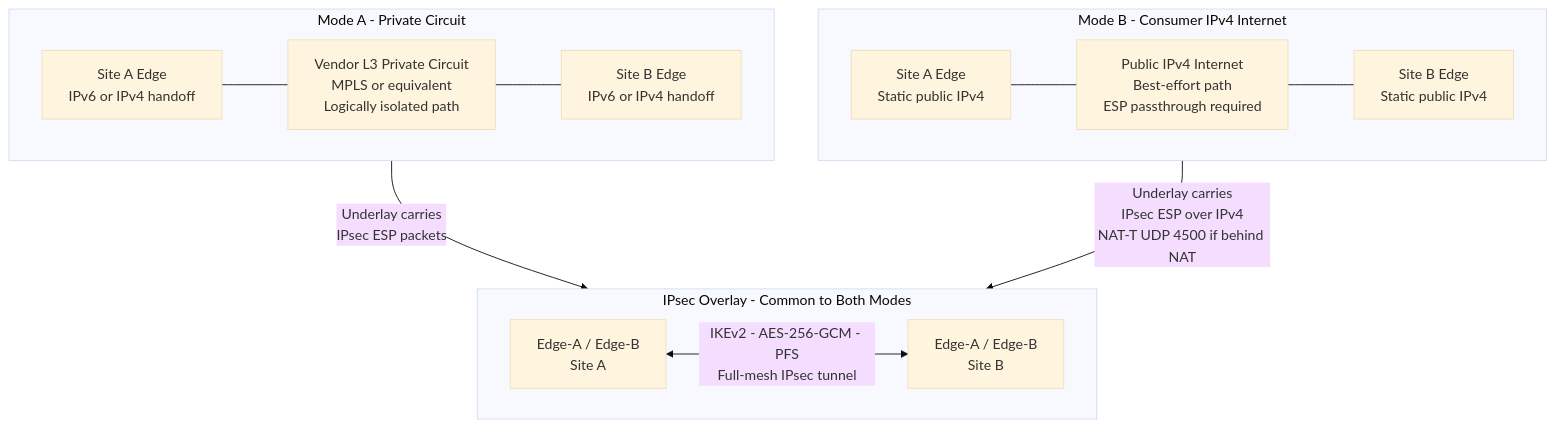
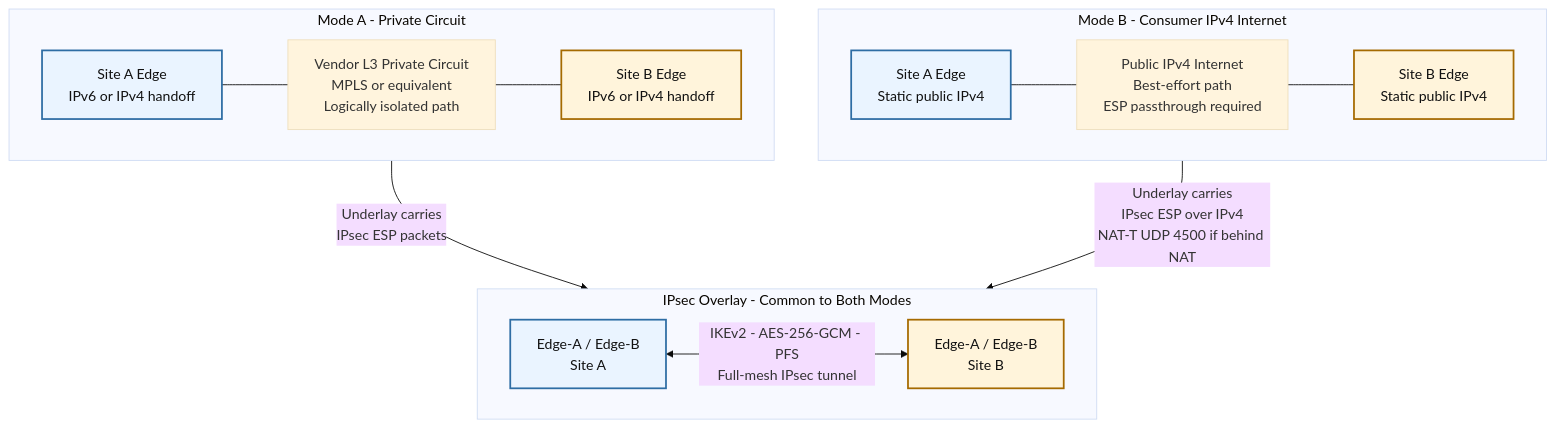
Before and after one commit to pancakesaregood/distributed-dc: the first of 5 diagrams in network-spanned-dc/docs/03_diagrams/wan_transport.mmd.md, drawn with Mermaid (base theme). The commit also changed other lines of this file and 11 other files, not shown here.

Commit message:
diagram beautification

````diff
--- a/network-spanned-dc/docs/03_diagrams/wan_transport.mmd.md
+++ b/network-spanned-dc/docs/03_diagrams/wan_transport.mmd.md
@@ -7,29 +7,34 @@
 ```mermaid
 graph TD
 
   subgraph OVERLAY[IPsec Overlay - Common to Both Modes]
     direction LR
     EA["Edge-A / Edge-B<br/>Site A"]
     EB["Edge-A / Edge-B<br/>Site B"]
     EA <-->|"IKEv2 - AES-256-GCM - PFS<br/>Full-mesh IPsec tunnel"| EB
   end
 
   subgraph MODEA[Mode A - Private Circuit]
     direction LR
     PA["Site A Edge<br/>IPv6 or IPv4 handoff"]
     MPLS["Vendor L3 Private Circuit<br/>MPLS or equivalent<br/>Logically isolated path"]
     PB["Site B Edge<br/>IPv6 or IPv4 handoff"]
     PA --- MPLS --- PB
   end
 
   subgraph MODEB[Mode B - Consumer IPv4 Internet]
     direction LR
     CA["Site A Edge<br/>Static public IPv4"]
     ISP["Public IPv4 Internet<br/>Best-effort path<br/>ESP passthrough required"]
     CB["Site B Edge<br/>Static public IPv4"]
     CA --- ISP --- CB
   end
 
   MODEA -->|"Underlay carries<br/>IPsec ESP packets"| OVERLAY
   MODEB -->|"Underlay carries<br/>IPsec ESP over IPv4<br/>NAT-T UDP 4500 if behind NAT"| OVERLAY
+
+  classDef siteA fill:#EAF4FF,stroke:#2E6DA4,stroke-width:2px,color:#111111;
+  classDef siteB fill:#FFF4DB,stroke:#A56A00,stroke-width:2px,color:#111111;
+  class EA,PA,CA siteA
+  class EB,PB,CB siteB
 ```
````
